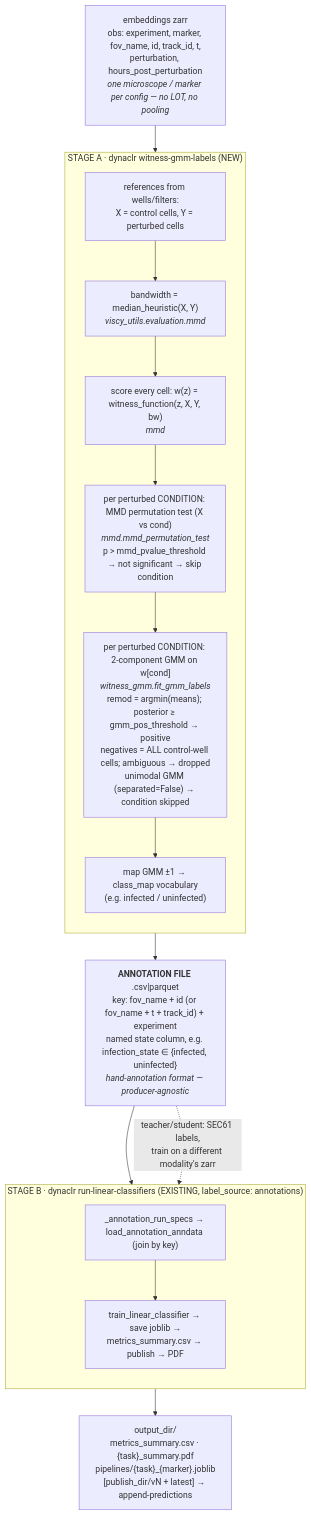
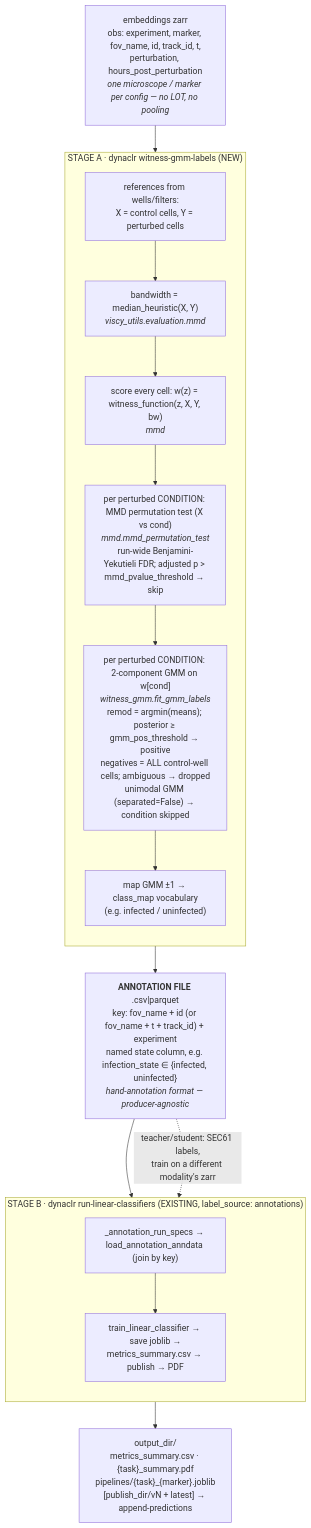
The first of 3 diagrams in applications/dynaclr/docs/DAGs/witness_gmm_classifiers.md (mehta-lab/VisCy), drawn with Mermaid before and after one commit. The commit also changed other lines of this file and 4 other files, not shown here.

First line of the commit message:
feat(dynaclr): Benjamini-Yekutieli FDR control for the MMD significance gate

````diff
--- a/applications/dynaclr/docs/DAGs/witness_gmm_classifiers.md
+++ b/applications/dynaclr/docs/DAGs/witness_gmm_classifiers.md
@@ -18,29 +18,29 @@
 ```mermaid
 flowchart TD
     Z["embeddings zarr<br/>obs: experiment, marker, fov_name, id, track_id, t,<br/>perturbation, hours_post_perturbation<br/><i>one microscope / marker per config — no LOT, no pooling</i>"]
 
     subgraph A["STAGE A · dynaclr witness-gmm-labels (NEW)"]
         direction TB
         A1["references from wells/filters:<br/>X = control cells, Y = perturbed cells"]
         A2["bandwidth = median_heuristic(X, Y)<br/><i>viscy_utils.evaluation.mmd</i>"]
         A3["score every cell: w(z) = witness_function(z, X, Y, bw)<br/><i>mmd</i>"]
-        AG["per perturbed CONDITION: MMD permutation test (X vs cond)<br/><i>mmd.mmd_permutation_test</i><br/>p > mmd_pvalue_threshold → not significant → skip condition"]
+        AG["per perturbed CONDITION: MMD permutation test (X vs cond)<br/><i>mmd.mmd_permutation_test</i><br/>run-wide Benjamini-Yekutieli FDR; adjusted p > mmd_pvalue_threshold → skip"]
         A4["per perturbed CONDITION: 2-component GMM on w[cond]<br/><i>witness_gmm.fit_gmm_labels</i><br/>remod = argmin(means); posterior ≥ gmm_pos_threshold → positive<br/>negatives = ALL control-well cells; ambiguous → dropped<br/>unimodal GMM (separated=False) → condition skipped"]
         A5["map GMM ±1 → class_map vocabulary<br/>(e.g. infected / uninfected)"]
         A1 --> A2 --> A3 --> AG --> A4 --> A5
     end
 
     LBL["<b>ANNOTATION FILE</b> <label_column>.csv|parquet<br/>key: fov_name + id (or fov_name + t + track_id) + experiment<br/>named state column, e.g. infection_state ∈ {infected, uninfected}<br/><i>hand-annotation format — producer-agnostic</i>"]
 
     subgraph B["STAGE B · dynaclr run-linear-classifiers (EXISTING, label_source: annotations)"]
         direction TB
         B1["_annotation_run_specs → load_annotation_anndata (join by key)"]
         B2["train_linear_classifier → save joblib →<br/>metrics_summary.csv → publish → PDF"]
         B1 --> B2
     end
 
     OUT["output_dir/<br/>metrics_summary.csv · {task}_summary.pdf<br/>pipelines/{task}_{marker}.joblib<br/>[publish_dir/vN + latest] → append-predictions"]
 
     Z --> A --> LBL --> B --> OUT
     LBL -. "teacher/student: SEC61 labels,<br/>train on a different modality's zarr" .-> B
 ```
````
